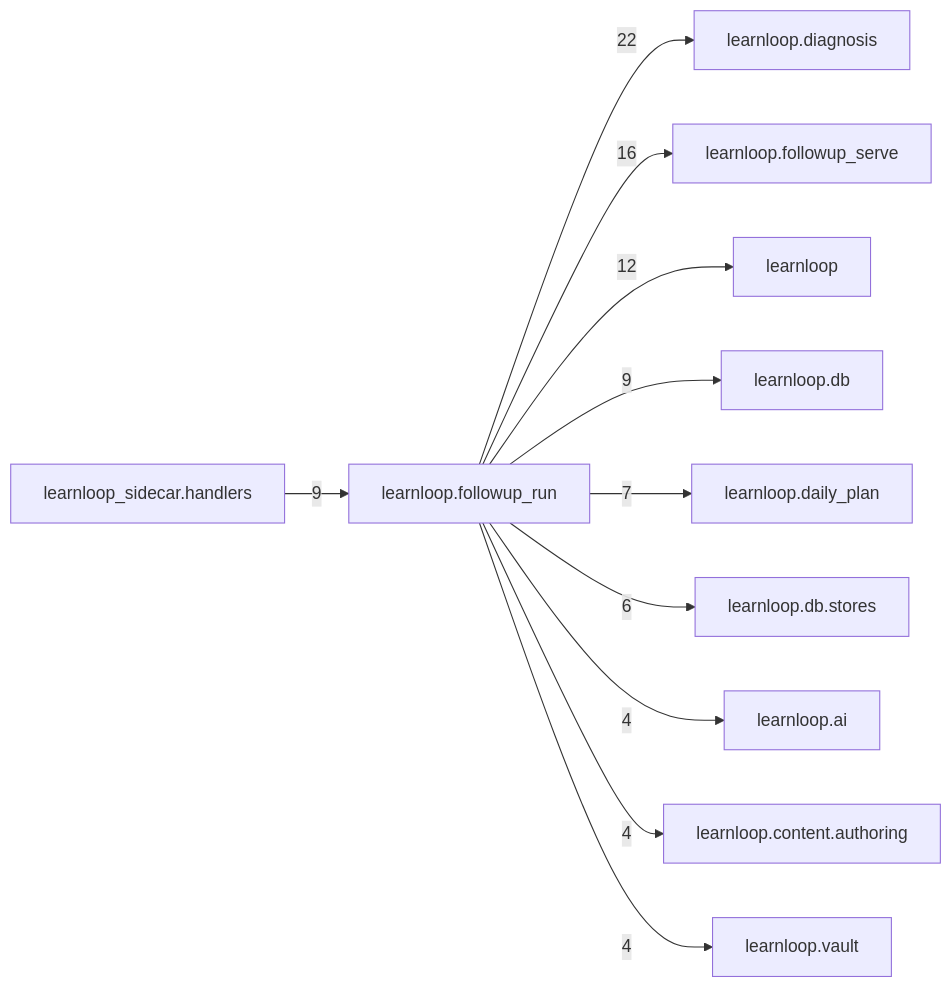
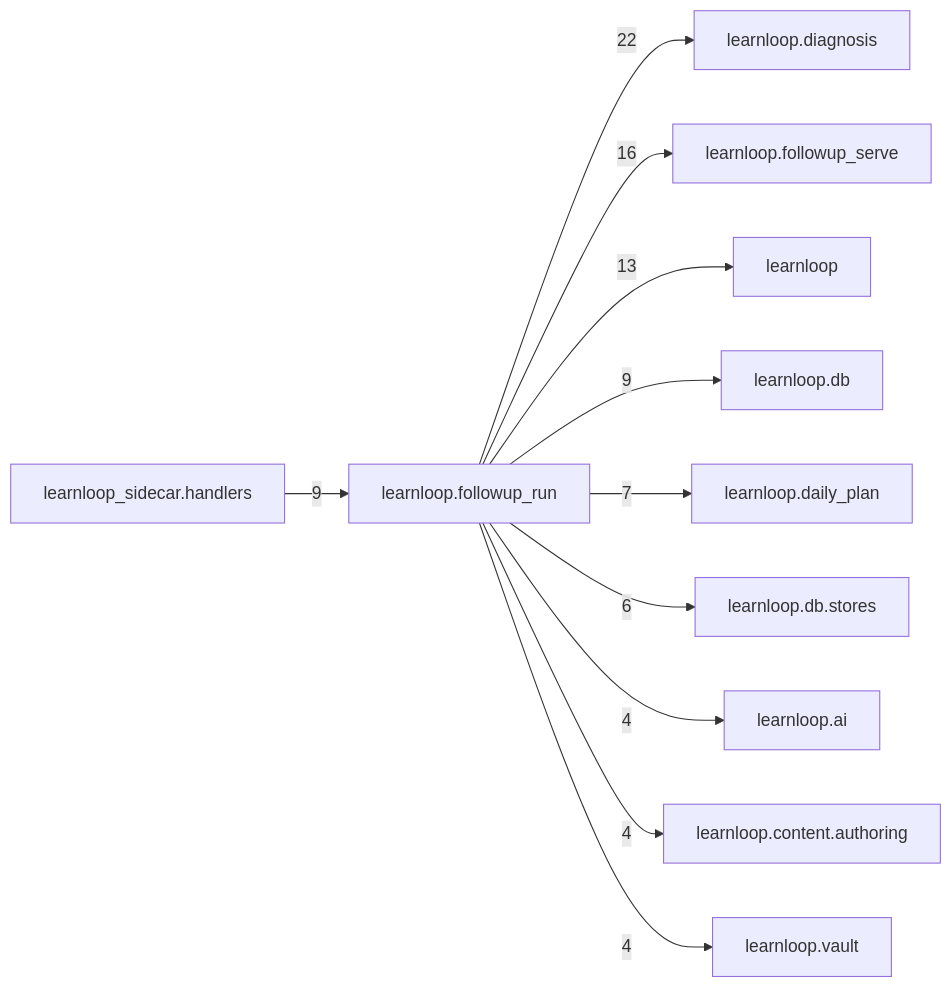
One commit to 6up-b/learnanything changed the diagram in docs/learnloop-architecture-vault/Reference/Modules/learnloop/followup_run/_package.md. Above: the diagram before and after it, drawn with Mermaid. The commit also changed other lines of this file and 21 other files, not shown here.

````diff
--- a/docs/learnloop-architecture-vault/Reference/Modules/learnloop/followup_run/_package.md
+++ b/docs/learnloop-architecture-vault/Reference/Modules/learnloop/followup_run/_package.md
@@ -97,24 +97,24 @@
 ```mermaid
 flowchart LR
     center["learnloop.followup_run"]
     n_learnloop_diagnosis["learnloop.diagnosis"]
     n_learnloop_followup_serve["learnloop.followup_serve"]
     n_learnloop["learnloop"]
     n_learnloop_db["learnloop.db"]
     n_learnloop_sidecar_handlers["learnloop_sidecar.handlers"]
     n_learnloop_daily_plan["learnloop.daily_plan"]
     n_learnloop_db_stores["learnloop.db.stores"]
     n_learnloop_ai["learnloop.ai"]
     n_learnloop_content_authoring["learnloop.content.authoring"]
     n_learnloop_vault["learnloop.vault"]
     center -->|22| n_learnloop_diagnosis
     center -->|16| n_learnloop_followup_serve
-    center -->|12| n_learnloop
+    center -->|13| n_learnloop
     center -->|9| n_learnloop_db
     n_learnloop_sidecar_handlers -->|9| center
     center -->|7| n_learnloop_daily_plan
     center -->|6| n_learnloop_db_stores
     center -->|4| n_learnloop_ai
     center -->|4| n_learnloop_content_authoring
     center -->|4| n_learnloop_vault
 ```
````
